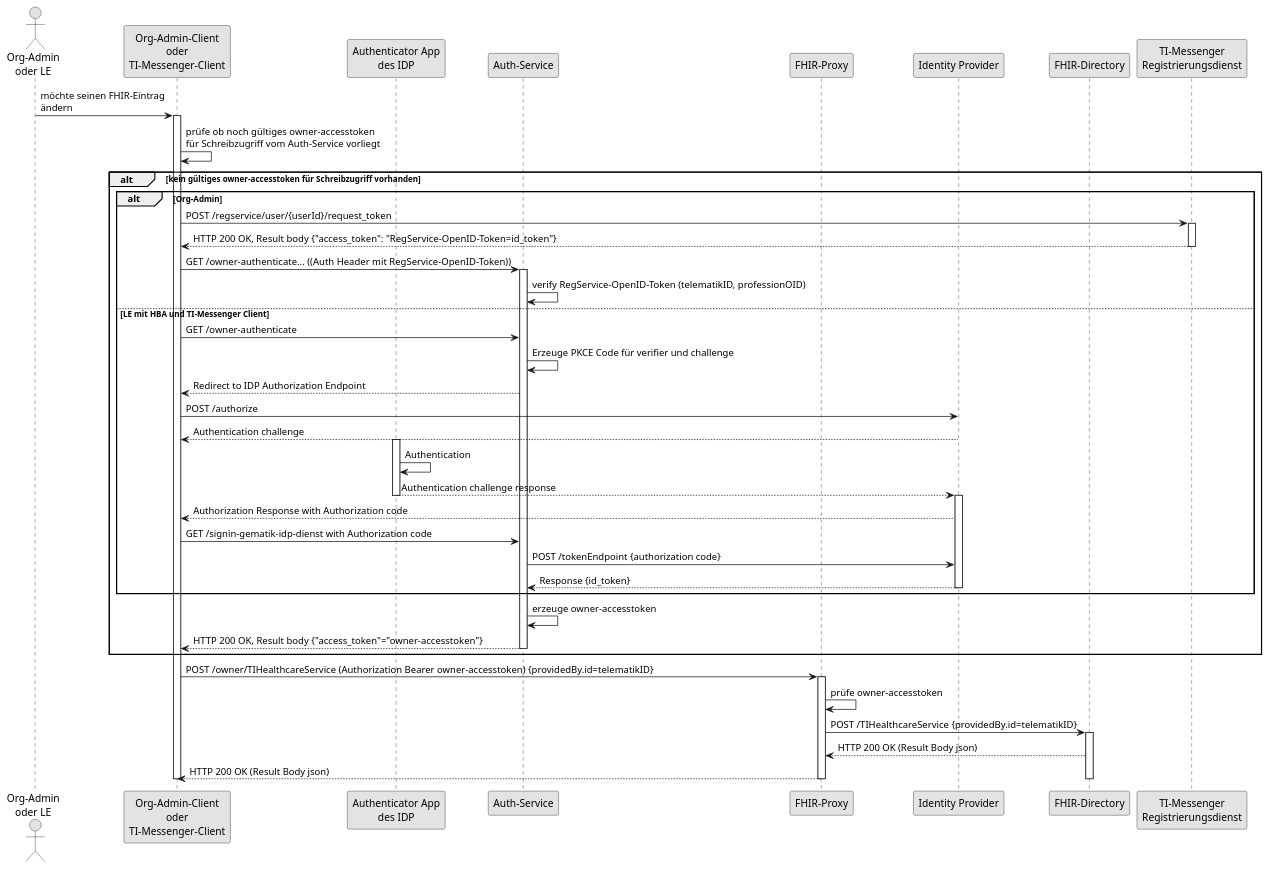
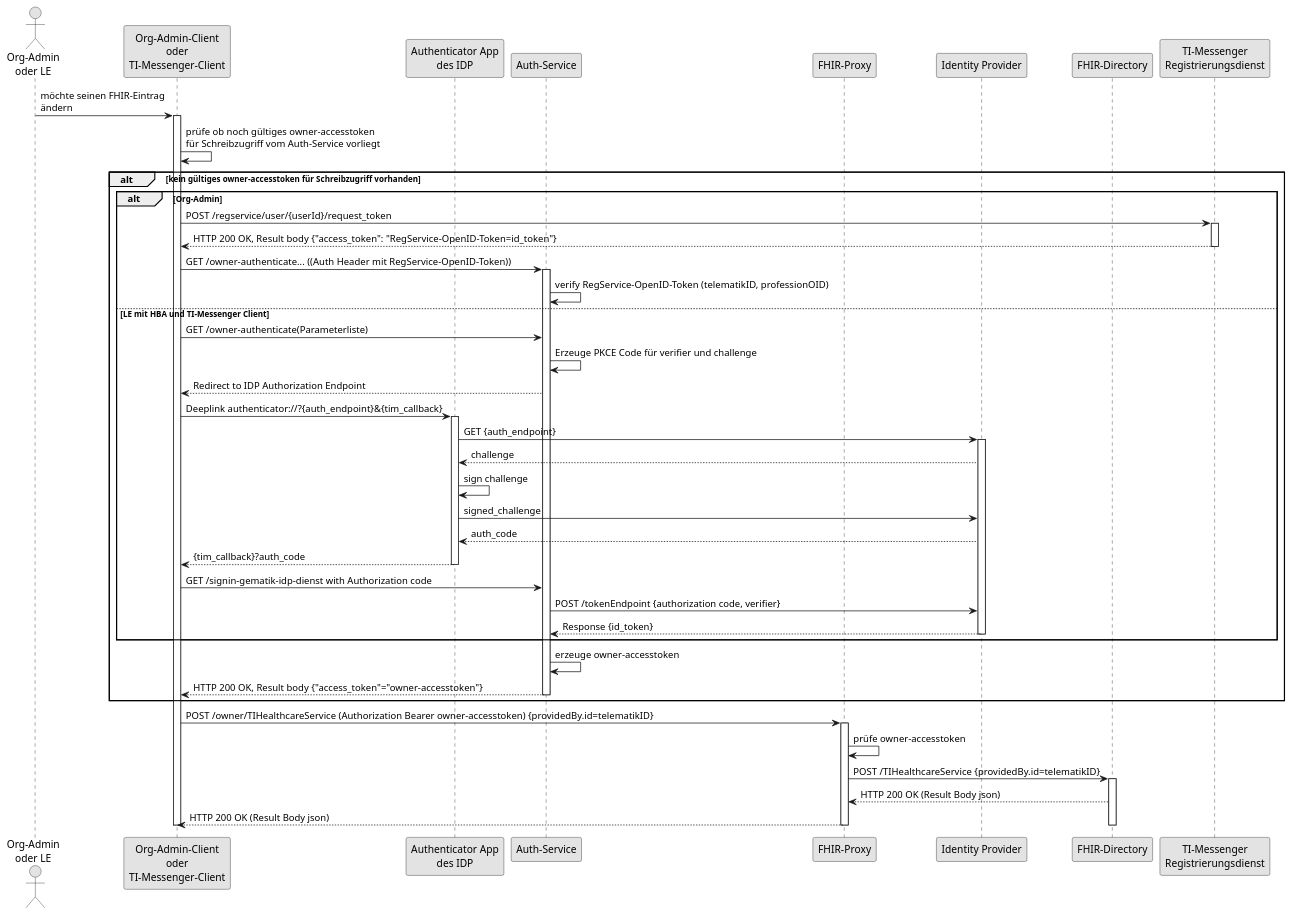
The diagram in src/plantuml/SequenceDiagram.FHIR-Directory.owner.puml (gematik/api-vzd), drawn with PlantUML before and after one commit.

Commit message:
Fix Ablaufproblem
Problem behoben: Authenticator findet nicht zurück zum TIM-Client

```diff
--- a/src/plantuml/SequenceDiagram.FHIR-Directory.owner.puml
+++ b/src/plantuml/SequenceDiagram.FHIR-Directory.owner.puml
@@ -1,59 +1,63 @@
 @startuml FHIR-Directory, Sequenzdiagram Änderung von eigenen -Einträgen
 skinparam dpi 100
 skinparam WrapWidth 200
 skinparam monochrome true
 
 'title "FHIR-Directory, Sequenzdiagram Änderung von eigenen Einträgen'
 actor o as "Org-Admin\noder LE"
 participant cl as "Org-Admin-Client\noder\nTI-Messenger-Client"
 participant aa as "Authenticator App\ndes IDP"
 participant au as "Auth-Service"
 participant fp as "FHIR-Proxy"
 participant idp as "Identity Provider"
 participant fd as "FHIR-Directory"
 participant rd as "TI-Messenger\nRegistrierungsdienst"
 o -> cl: möchte seinen FHIR-Eintrag\nändern
 activate cl
 cl -> cl: prüfe ob noch gültiges owner-accesstoken\nfür Schreibzugriff vom Auth-Service vorliegt
 alt kein gültiges owner-accesstoken für Schreibzugriff vorhanden
 alt Org-Admin
 cl -> rd: POST /regservice/user/{userId}/request_token
 activate rd
 rd --> cl: HTTP 200 OK, Result body {"access_token": "RegService-OpenID-Token=id_token"}
 deactivate rd
 cl -> au: GET /owner-authenticate... ((Auth Header mit RegService-OpenID-Token))
 activate au
 au -> au: verify RegService-OpenID-Token (telematikID, professionOID)
 else LE mit HBA und TI-Messenger Client
-cl -> au: GET /owner-authenticate
+cl -> au: GET /owner-authenticate(Parameterliste)
 au -> au: Erzeuge PKCE Code für verifier und challenge
 au --> cl: Redirect to IDP Authorization Endpoint
-cl -> idp: POST /authorize
-idp --> cl: Authentication challenge
+cl -> aa: Deeplink authenticator://?{auth_endpoint}&{tim_callback}
 activate aa
-aa -> aa: Authentication
-aa --> idp: Authentication challenge response
+
+aa -> idp: GET {auth_endpoint}
+activate idp
+idp --> aa: challenge
+aa -> aa: sign challenge
+aa-> idp: signed_challenge
+idp --> aa: auth_code
+aa --> cl: {tim_callback}?auth_code
 deactivate aa
-activate idp
-idp --> cl: Authorization Response with Authorization code
+
 cl -> au: GET /signin-gematik-idp-dienst with Authorization code
-au -> idp: POST /tokenEndpoint {authorization code}
+au -> idp: POST /tokenEndpoint {authorization code, verifier}
 idp --> au: Response {id_token}
 
 deactivate idp
 end
 au -> au: erzeuge owner-accesstoken
 au --> cl: HTTP 200 OK, Result body {"access_token"="owner-accesstoken"}
 deactivate au
 end
 cl -> fp: POST /owner/TIHealthcareService (Authorization Bearer owner-accesstoken) {providedBy.id=telematikID}
 activate fp
 fp -> fp: prüfe owner-accesstoken
 fp -> fd: POST /TIHealthcareService {providedBy.id=telematikID}
 activate fd
 fd --> fp: HTTP 200 OK (Result Body json)
 fp --> cl: HTTP 200 OK (Result Body json)
 deactivate fd
 deactivate fp
 deactivate cl
 @enduml
```
